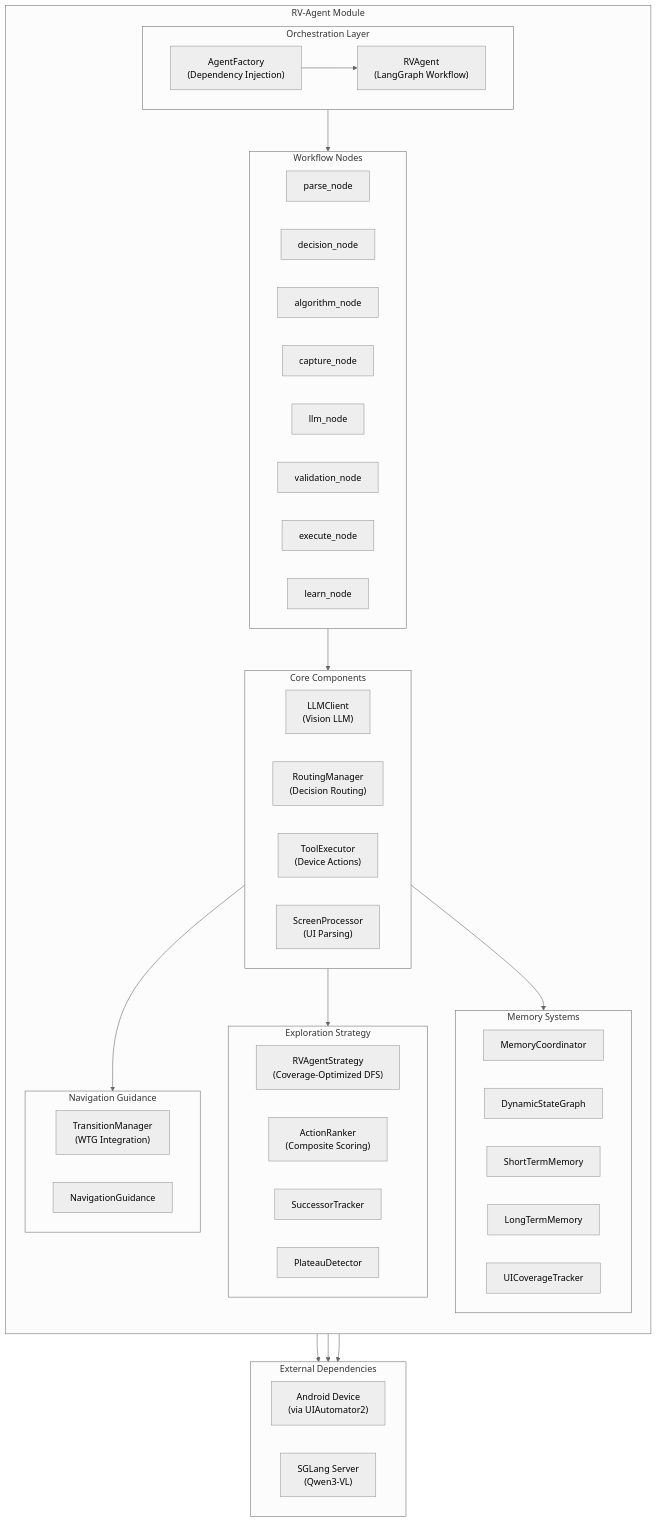
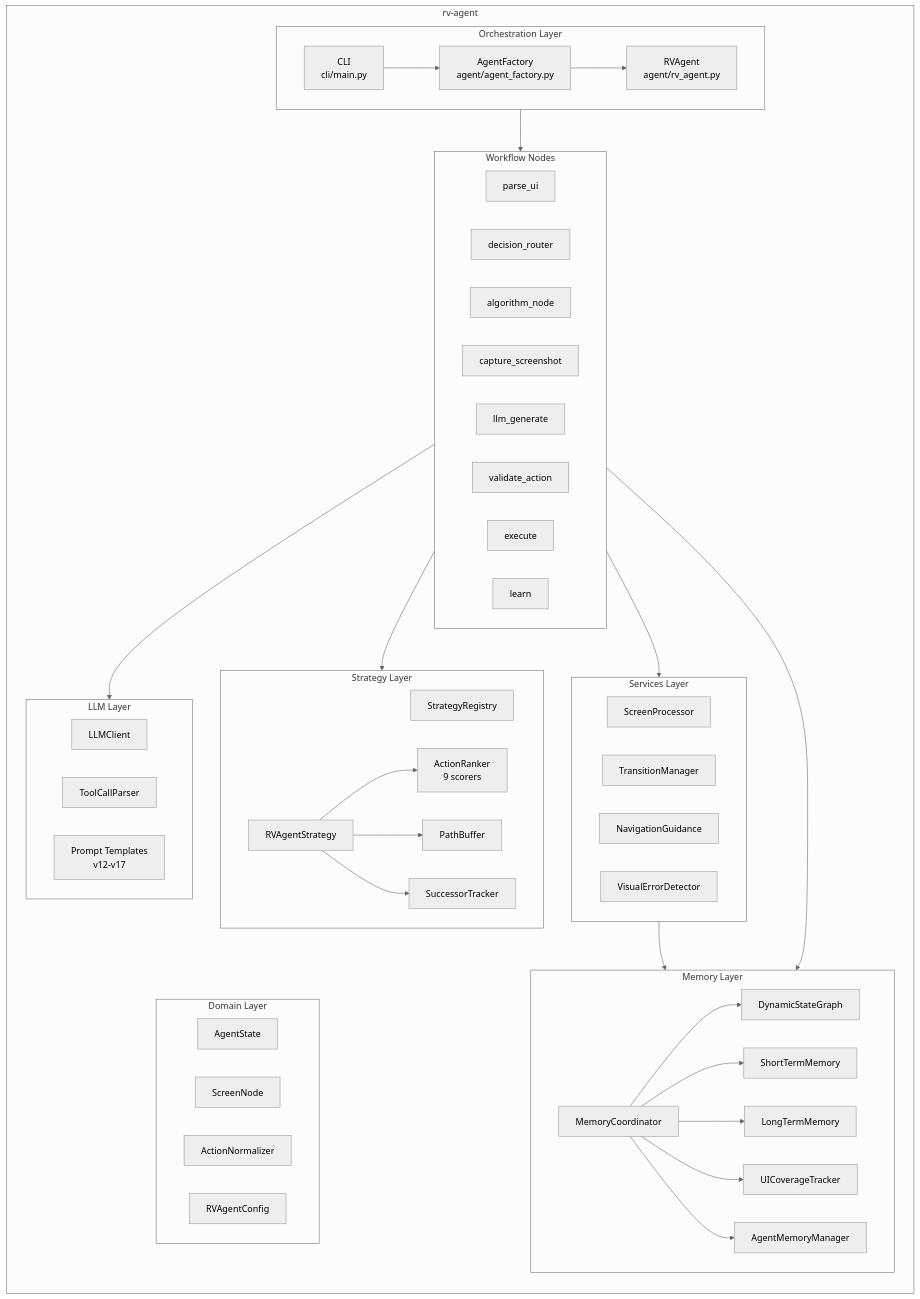
Before and after one commit to PAMunb/rvsec: the first of 5 diagrams in rv-android/modules/rv-agent/docs/architecture.md, drawn with Mermaid. The commit also changed other lines of this file and 17 other files, not shown here.

First line of the commit message:
docs(tg5): architecture docs for all 13 modules + aperv spec rewrite + script updates (refs #48)

````diff
--- a/rv-android/modules/rv-agent/docs/architecture.md
+++ b/rv-android/modules/rv-agent/docs/architecture.md
@@ -20,73 +160,78 @@
 ```mermaid
 %%{init: {'theme': 'neutral'}}%%
 flowchart TB
-    subgraph External["External Dependencies"]
-        direction LR
-        Device["Android Device<br/>(via UIAutomator2)"]
-        SGLang["SGLang Server<br/>(Qwen3-VL)"]
-    end
-
-    subgraph RVAgent["RV-Agent Module"]
+    subgraph Agent["rv-agent"]
         direction TB
-
         subgraph Orchestration["Orchestration Layer"]
             direction LR
-            Agent["RVAgent<br/>(LangGraph Workflow)"]
-            Factory["AgentFactory<br/>(Dependency Injection)"]
+            CLI["CLI<br/>cli/main.py"]
+            Factory["AgentFactory<br/>agent/agent_factory.py"]
+            RVA["RVAgent<br/>agent/rv_agent.py"]
         end
-
         subgraph Workflow["Workflow Nodes"]
             direction LR
-            ParseNode["parse_node"]
-            DecisionNode["decision_node"]
-            AlgorithmNode["algorithm_node"]
-            CaptureNode["capture_node"]
-            LLMNode["llm_node"]
-            ValidateNode["validation_node"]
-            ExecuteNode["execute_node"]
-            LearnNode["learn_node"]
+            ParseNode["parse_ui"]
+            DecisionNode["decision_router"]
+            AlgoNode["algorithm_node"]
+            CaptureNode["capture_screenshot"]
+            LLMNode["llm_generate"]
+            ValidateNode["validate_action"]
+            ExecNode["execute"]
+            LearnNode["learn"]
         end
-
-        subgraph Core["Core Components"]
+        subgraph StrategyLayer["Strategy Layer"]
             direction LR
-            LLMClient["LLMClient<br/>(Vision LLM)"]
-            RoutingMgr["RoutingManager<br/>(Decision Routing)"]
-            ToolExec["ToolExecutor<br/>(Device Actions)"]
-            ScreenProc["ScreenProcessor<br/>(UI Parsing)"]
+            StratReg["StrategyRegistry"]
+            RVAStrat["RVAgentStrategy"]
+            Ranker["ActionRanker<br/>9 scorers"]
+            PathBuf["PathBuffer"]
+            SuccTrack["SuccessorTracker"]
         end
-
-        subgraph Strategy["Exploration Strategy"]
+        subgraph LLMLayer["LLM Layer"]
             direction LR
-            RVStrategy["RVAgentStrategy<br/>(Coverage-Optimized DFS)"]
-            ActionRanker["ActionRanker<br/>(Composite Scoring)"]
-            SuccTracker["SuccessorTracker"]
-            PlateauDet["PlateauDetector"]
+            LLMCli["LLMClient"]
+            ToolParser["ToolCallParser"]
+            Prompts["Prompt Templates<br/>v12-v17"]
         end
-
-        subgraph Memory["Memory Systems"]
+        subgraph MemLayer["Memory Layer"]
             direction LR
             MemCoord["MemoryCoordinator"]
-            DynGraph["DynamicStateGraph"]
-            ShortMem["ShortTermMemory"]
-            LongMem["LongTermMemory"]
+            DSG["DynamicStateGraph"]
+            STM["ShortTermMemory"]
+            LTM["LongTermMemory"]
             UICov["UICoverageTracker"]
+            AgentMem["AgentMemoryManager"]
         end
-
-        subgraph Navigation["Navigation Guidance"]
+        subgraph ServicesLayer["Services Layer"]
             direction LR
-            TransMgr["TransitionManager<br/>(WTG Integration)"]
-            NavGuid["NavigationGuidance"]
+            ScreenProc["ScreenProcessor"]
+            TransMgr["TransitionManager"]
+            NavGuide["NavigationGuidance"]
+            ErrDetect["VisualErrorDetector"]
+        end
+        subgraph DomainLayer["Domain Layer"]
+            direction LR
+            AgentSt["AgentState"]
+            ScreenNd["ScreenNode"]
+            ActNorm["ActionNormalizer"]
+            AgentConfig["RVAgentConfig"]
         end
     end
 
-    Factory --> Agent
-    Agent --> Workflow
-    Workflow --> Core
-    Core --> Strategy
-    Core --> Memory
-    Core --> Navigation
-
-    LLMClient --> SGLang
-    ToolExec --> Device
-    ScreenProc --> Device
+    CLI --> Factory
+    Factory --> RVA
+    RVA --> Workflow
+    DecisionNode --> LLMLayer
+    DecisionNode --> StrategyLayer
+    ParseNode --> ServicesLayer
+    LearnNode --> MemLayer
+    RVAStrat --> Ranker
+    RVAStrat --> PathBuf
+    RVAStrat --> SuccTrack
+    MemCoord --> DSG
+    MemCoord --> STM
+    MemCoord --> LTM
+    MemCoord --> UICov
+    MemCoord --> AgentMem
+    TransMgr --> DSG
 ```
````
